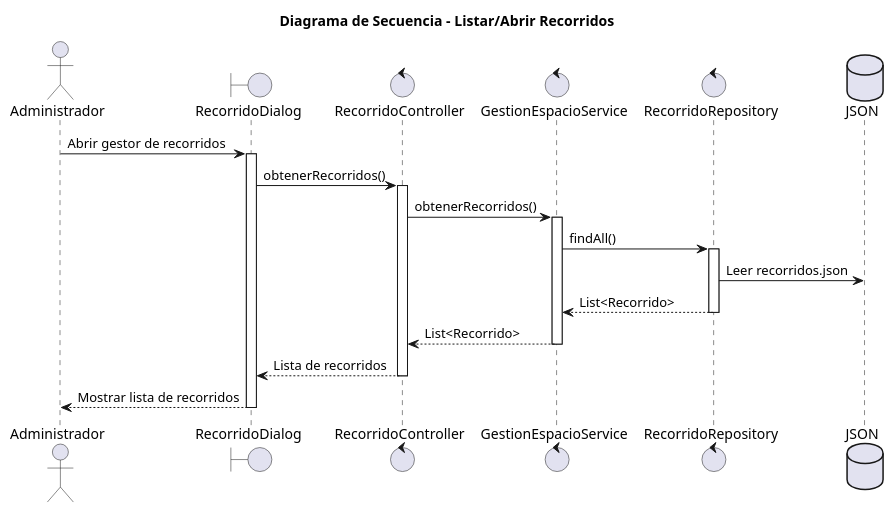
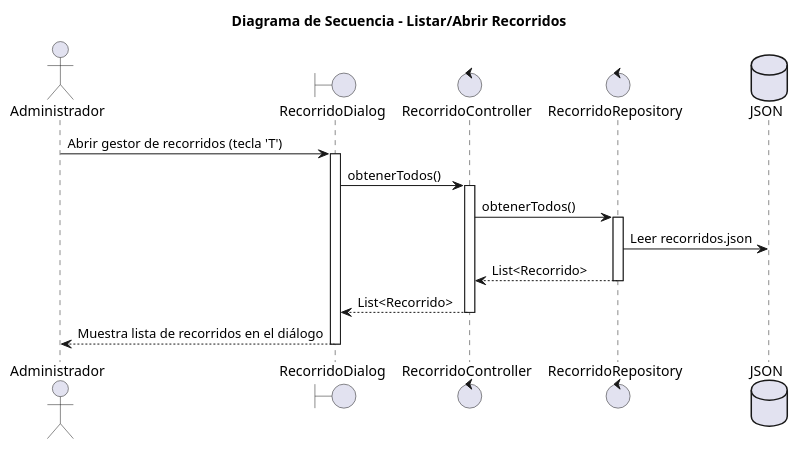
Before and after one commit to mmasias/25-26-idsw2-sdVC: the diagram in modelosUML/02-diseño/00-Administrador/abrirRecorridos/secuencia.puml, drawn with PlantUML. The commit also changed 36 other files, not shown here.

Commit message:
refactor(uml):update design diagrams and specs with new functions

```diff
--- a/modelosUML/02-diseño/00-Administrador/abrirRecorridos/secuencia.puml
+++ b/modelosUML/02-diseño/00-Administrador/abrirRecorridos/secuencia.puml
@@ -1,29 +1,24 @@
 @startuml
 title "Diagrama de Secuencia - Listar/Abrir Recorridos"
 
 actor "Administrador" as admin
 boundary "RecorridoDialog" as view
 control "RecorridoController" as controller
-control "GestionEspacioService" as service
 control "RecorridoRepository" as repository
 database "JSON" as db
 
-admin -> view: Abrir gestor de recorridos
+admin -> view: Abrir gestor de recorridos (tecla 'T')
 activate view
-view -> controller: obtenerRecorridos()
+view -> controller: obtenerTodos()
 activate controller
-controller -> service: obtenerRecorridos()
-activate service
-service -> repository: findAll()
+controller -> repository: obtenerTodos()
 activate repository
 repository -> db: Leer recorridos.json
-repository --> service: List<Recorrido>
+repository --> controller: List<Recorrido>
 deactivate repository
-service --> controller: List<Recorrido>
-deactivate service
-controller --> view: Lista de recorridos
+controller --> view: List<Recorrido>
 deactivate controller
-view --> admin: Mostrar lista de recorridos
+view --> admin: Muestra lista de recorridos en el diálogo
 deactivate view
 
 @enduml
```
